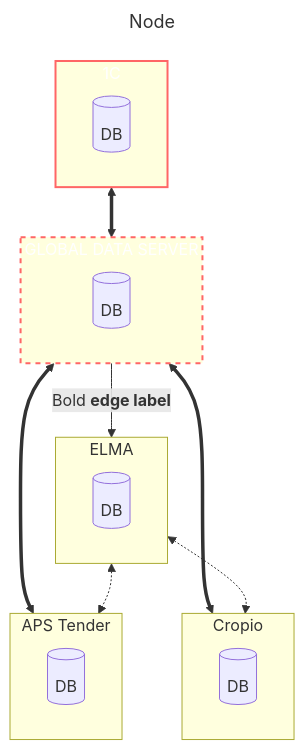
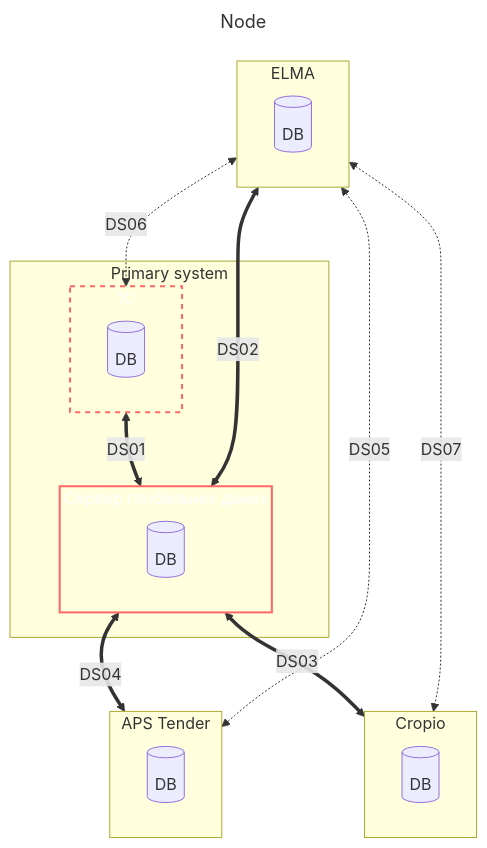
The diagram in README.md (Zorin-Mykhailo/KustoArchitect), drawn with Mermaid before and after one commit. The commit also changed other lines of this file, not shown here.

````diff
--- a/README.md
+++ b/README.md
@@ -1,36 +1,40 @@
 ```mermaid
 ---
 title: Node
 ---
 flowchart TD
-    subgraph OneS ["1С"]
-    OneS_DB[(DB)]
+    subgraph PS ["Primary system"]
+        subgraph OneS ["1С"]
+        OneS_DB[(DB)]
+        end
+
+        subgraph GDS["Сервер глобальних даних"]
+        KGDS_DB[(DB)]
+        end
     end
     
-    style OneS stroke:#f66,stroke-width:2px,color:#fff
-    
-    subgraph GDS["GLOBAL DATA SERVER"]
-    KGDS_DB[(DB)]
-    end
-    
-    style GDS stroke:#f66,stroke-width:2px,color:#fff,stroke-dasharray: 5 5
     
     subgraph Elma ["ELMA"]
     Elma_DB[(DB)]
     end
-    
+
     subgraph Cropio ["Cropio"]
     Cropio_DB[(DB)]
     end
-    
+
     subgraph Aps ["APS Tender"]
     Aps_DB[(DB)]
     end
     
-    OneS <==> GDS
-    GDS -- "`Bold **edge label**`" --> Elma
-    GDS <==> Cropio
-    GDS <==> Aps
-    Elma <-.-> Aps
-    Elma <-.-> Cropio
+    
+    OneS <==>|DS01| GDS
+    GDS <==>|DS02| Elma
+    GDS <==>|DS03| Cropio
+    GDS <==>|DS04| Aps
+    Elma <-.->|DS05| Aps
+    Elma <-.->|DS06| OneS
+    Elma <-.->|DS07| Cropio
+    
+    style GDS stroke:#f66,stroke-width:2px,color:#fff
+    style OneS stroke:#f66,stroke-width:2px,color:#fff,stroke-dasharray: 5 5
 ```
````
